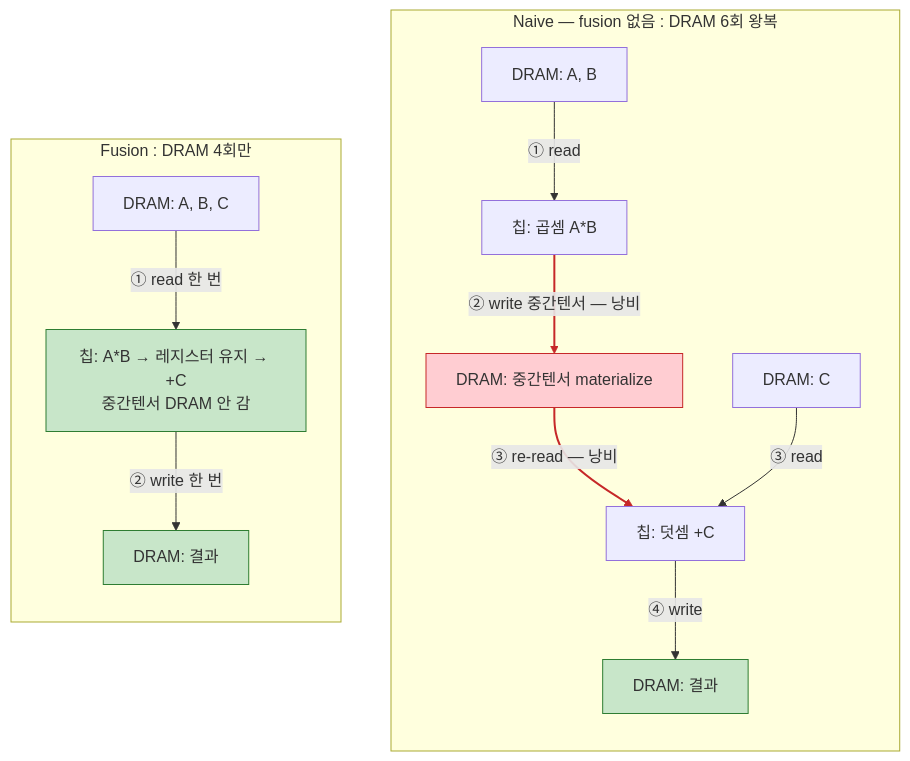
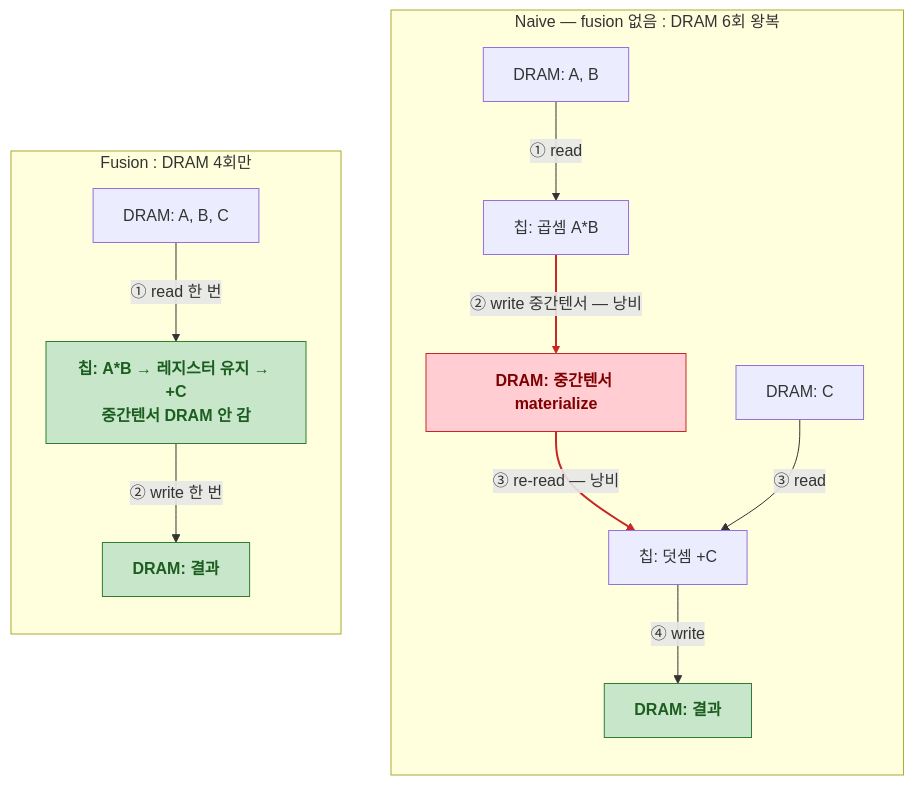
The first of 3 diagrams in docs/easy-series/easy8-detail.md (bhseo98/ssl-npu-harness-framework), drawn with Mermaid before and after one commit.

````diff
--- a/docs/easy-series/easy8-detail.md
+++ b/docs/easy-series/easy8-detail.md
@@ -19,21 +19,21 @@
 ```mermaid
 flowchart TB
   subgraph N["Naive — fusion 없음 : DRAM 6회 왕복"]
     direction TB
     nAB["DRAM: A, B"] -->|"① read"| nMul["칩: 곱셈 A*B"]
     nMul -->|"② write 중간텐서 — 낭비"| nMid["DRAM: 중간텐서 materialize"]
     nMid -->|"③ re-read — 낭비"| nAdd["칩: 덧셈 +C"]
     nC["DRAM: C"] -->|"③ read"| nAdd
     nAdd -->|"④ write"| nRes["DRAM: 결과"]
   end
   subgraph F["Fusion : DRAM 4회만"]
     direction TB
     fABC["DRAM: A, B, C"] -->|"① read 한 번"| fK["칩: A*B → 레지스터 유지 → +C<br/>중간텐서 DRAM 안 감"]
     fK -->|"② write 한 번"| fRes["DRAM: 결과"]
   end
-  classDef waste fill:#ffcdd2,stroke:#c62828;
-  classDef good fill:#c8e6c9,stroke:#2e7d32;
+  classDef waste fill:#ffcdd2,stroke:#c62828,color:#7f0000,font-weight:bold;
+  classDef good fill:#c8e6c9,stroke:#2e7d32,color:#1b5e20,font-weight:bold;
   class nMid waste;
   class fK,fRes,nRes good;
   linkStyle 1,2 stroke:#c62828,stroke-width:2px;
 ```
````
